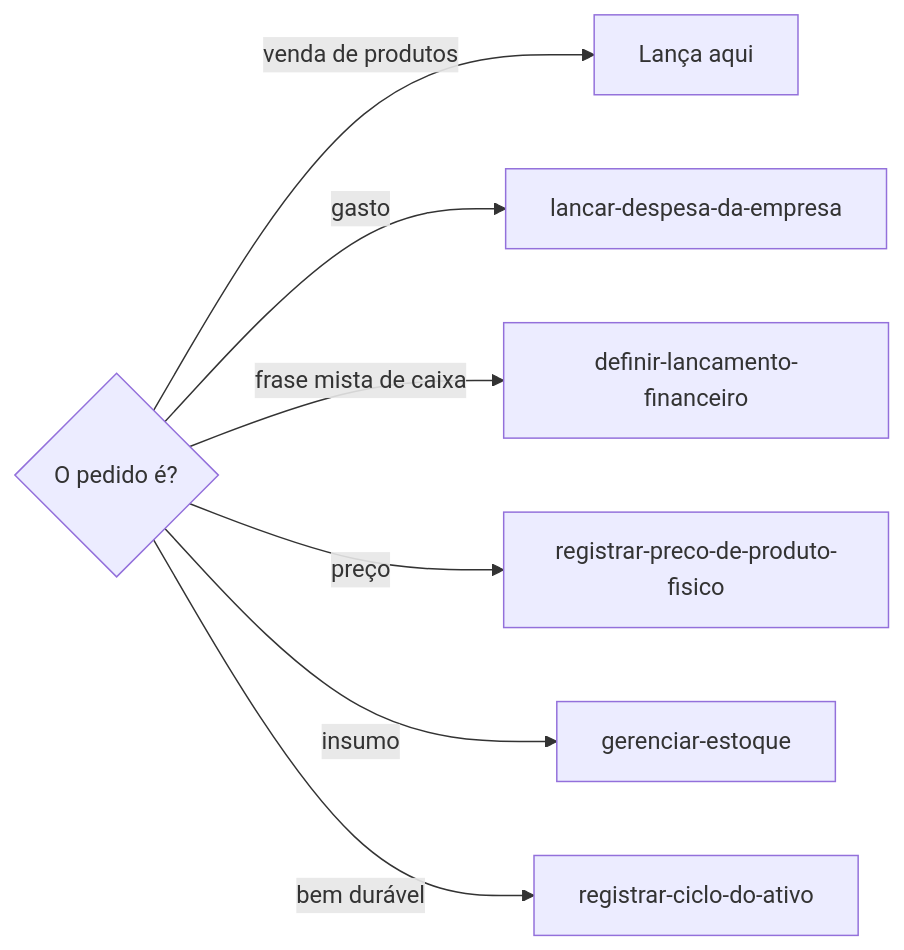
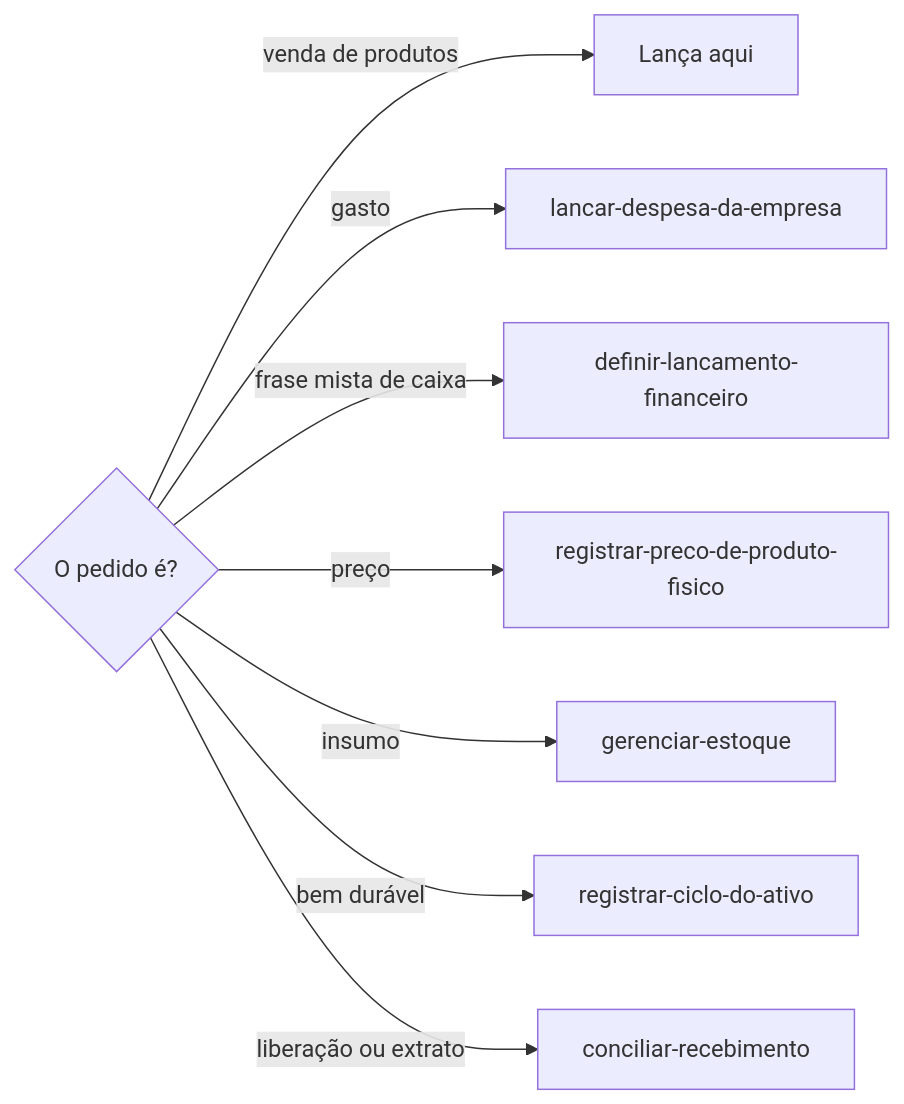
One commit to jimmyandrade/harness changed the first of 2 diagrams in .agents/skills/lancar-venda/SKILL.md. Above: the diagram before and after it, drawn with Mermaid. The commit also changed other lines of this file and 6 other files, not shown here.

First line of the commit message:
feat(lancar-venda): link records in the reply and reconcile the net release in conciliar-recebimento (#1393)

````diff
--- a/.agents/skills/lancar-venda/SKILL.md
+++ b/.agents/skills/lancar-venda/SKILL.md
@@ -54,9 +53,10 @@
 ```mermaid
 flowchart LR
   Q{O pedido é?} -->|venda de produtos| A[Lança aqui]
   Q -->|gasto| D[lancar-despesa-da-empresa]
   Q -->|frase mista de caixa| L[definir-lancamento-financeiro]
   Q -->|preço| P[registrar-preco-de-produto-fisico]
   Q -->|insumo| E[gerenciar-estoque]
   Q -->|bem durável| I[registrar-ciclo-do-ativo]
+  Q -->|liberação ou extrato| R[conciliar-recebimento]
 ```
````
